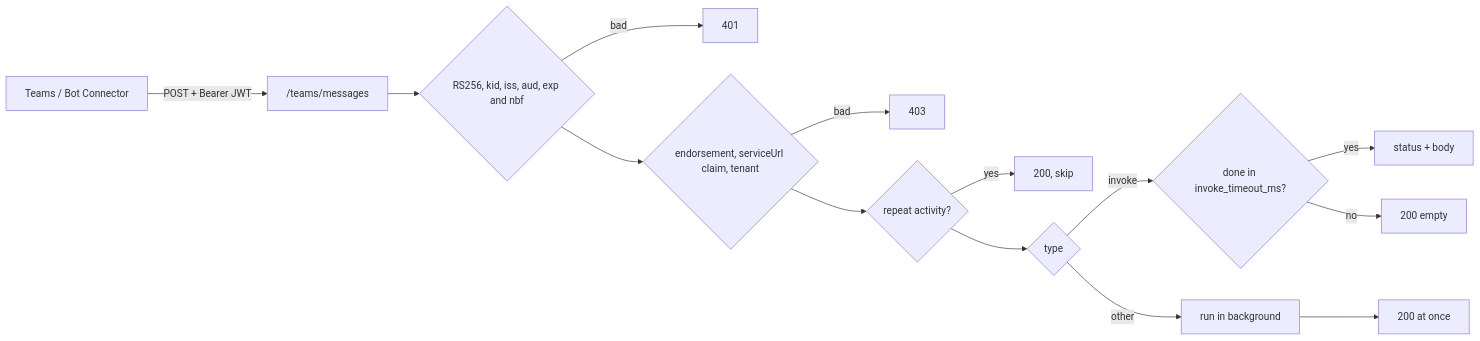
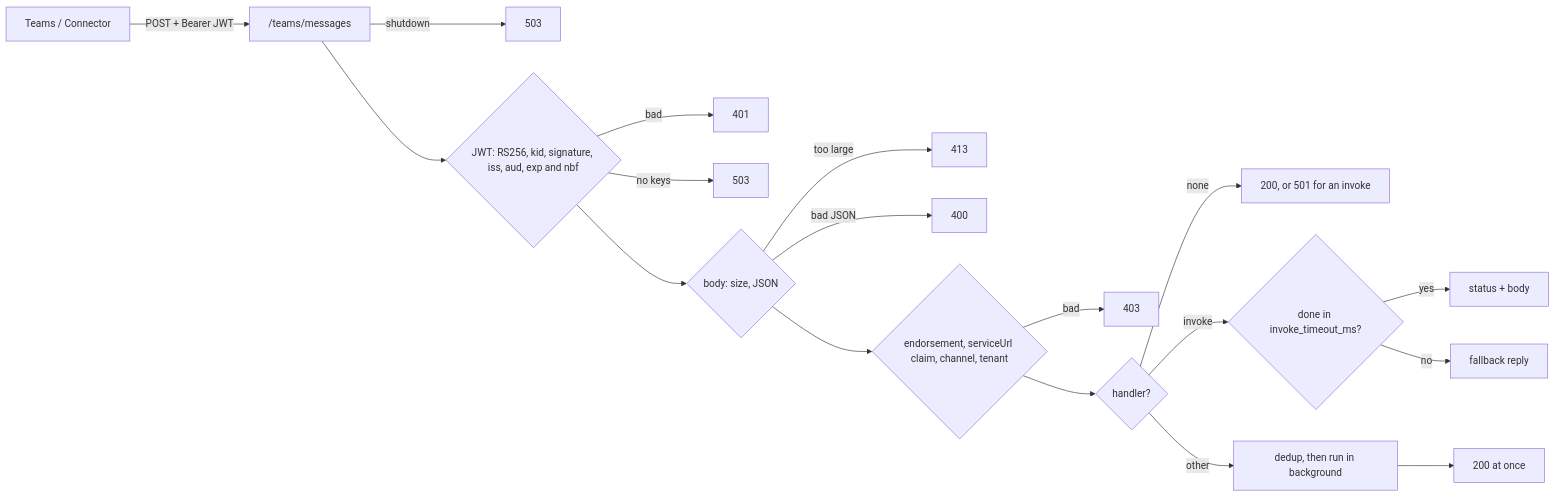
One commit to autumn-foundation/autumn-plugin-teams changed the diagram in README.md. Above: the diagram before and after it, drawn with Mermaid. The commit also changed other lines of this file and 25 other files, not shown here.

````diff
--- a/README.md
+++ b/README.md
@@ -83,15 +84,19 @@
 ```mermaid
 flowchart LR
-  T[Teams / Bot Connector] -->|POST + Bearer JWT| R["/teams/messages"]
-  R --> J{RS256, kid, iss, aud, exp and nbf}
+  T[Teams / Connector] -->|POST + Bearer JWT| R["/teams/messages"]
+  R -->|shutdown| E5[503]
+  R --> J{JWT: RS256, kid, signature, iss, aud, exp and nbf}
   J -->|bad| E1[401]
-  J --> C{endorsement, serviceUrl claim, tenant}
+  J -->|no keys| K[503]
+  J --> B{body: size, JSON}
+  B -->|too large| E4[413]
+  B -->|bad JSON| E0[400]
+  B --> C{endorsement, serviceUrl claim, channel, tenant}
   C -->|bad| E3[403]
-  C --> D{repeat activity?}
-  D -->|yes| A0[200, skip]
-  D --> H{type}
+  C --> H{handler?}
+  H -->|none| U[200, or 501 for an invoke]
   H -->|invoke| W{done in invoke_timeout_ms?}
   W -->|yes| IR[status + body]
-  W -->|no| A2[200 empty]
-  H -->|other| BG[run in background] --> A1[200 at once]
+  W -->|no| L[fallback reply]
+  H -->|other| BG[dedup, then run in background] --> A1[200 at once]
 ```
````
